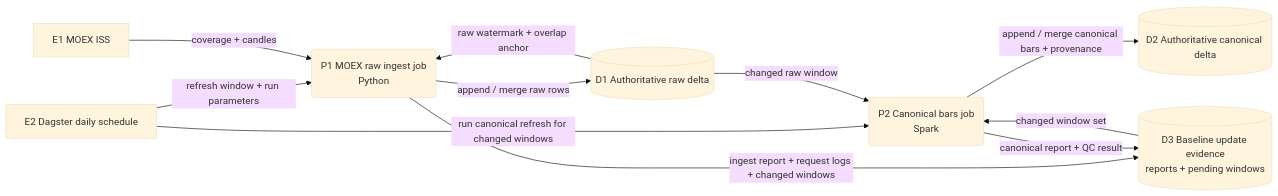
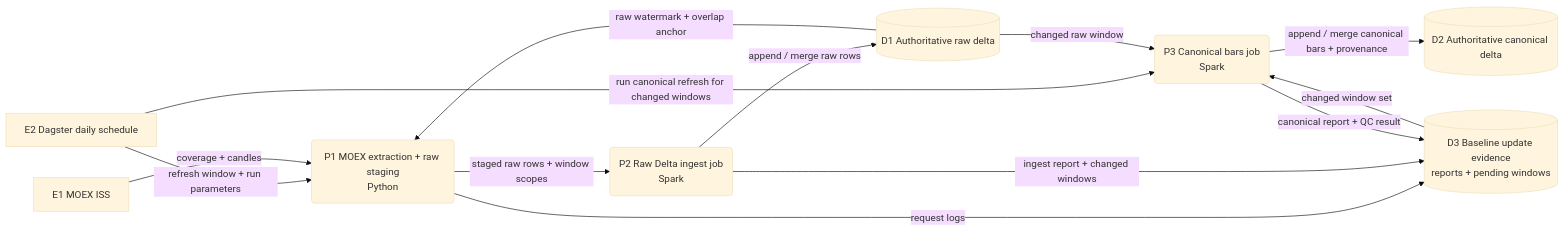
One commit to deusexrenovatio-arch/trading-advisor-3000 changed the first of 2 diagrams in docs/architecture/product-plane/moex-historical-route-architecture.md. Above: the diagram before and after it, drawn with Mermaid (base theme). The commit also changed other lines of this file and 8 other files, not shown here.

Commit message:
docs(moex): document spark-owned raw baseline route

````diff
--- a/docs/architecture/product-plane/moex-historical-route-architecture.md
+++ b/docs/architecture/product-plane/moex-historical-route-architecture.md
@@ -38,24 +38,27 @@
 ```mermaid
 flowchart LR
     E1["E1 MOEX ISS"]
     E2["E2 Dagster daily schedule"]
 
-    P1("P1 MOEX raw ingest job<br/>Python")
-    P2("P2 Canonical bars job<br/>Spark")
+    P1("P1 MOEX extraction + raw staging<br/>Python")
+    P2("P2 Raw Delta ingest job<br/>Spark")
+    P3("P3 Canonical bars job<br/>Spark")
 
     D1[("D1 Authoritative raw delta")]
     D2[("D2 Authoritative canonical delta")]
     D3[("D3 Baseline update evidence<br/>reports + pending windows")]
 
     E2 -->|"refresh window + run parameters"| P1
     E1 -->|"coverage + candles"| P1
     D1 -->|"raw watermark + overlap anchor"| P1
-    P1 -->|"append / merge raw rows"| D1
-    P1 -->|"ingest report + request logs + changed windows"| D3
+    P1 -->|"staged raw rows + window scopes"| P2
+    P2 -->|"append / merge raw rows"| D1
+    P1 -->|"request logs"| D3
+    P2 -->|"ingest report + changed windows"| D3
 
-    E2 -->|"run canonical refresh for changed windows"| P2
-    D1 -->|"changed raw window"| P2
-    D3 -->|"changed window set"| P2
-    P2 -->|"append / merge canonical bars + provenance"| D2
-    P2 -->|"canonical report + QC result"| D3
+    E2 -->|"run canonical refresh for changed windows"| P3
+    D1 -->|"changed raw window"| P3
+    D3 -->|"changed window set"| P3
+    P3 -->|"append / merge canonical bars + provenance"| D2
+    P3 -->|"canonical report + QC result"| D3
 ```
````
